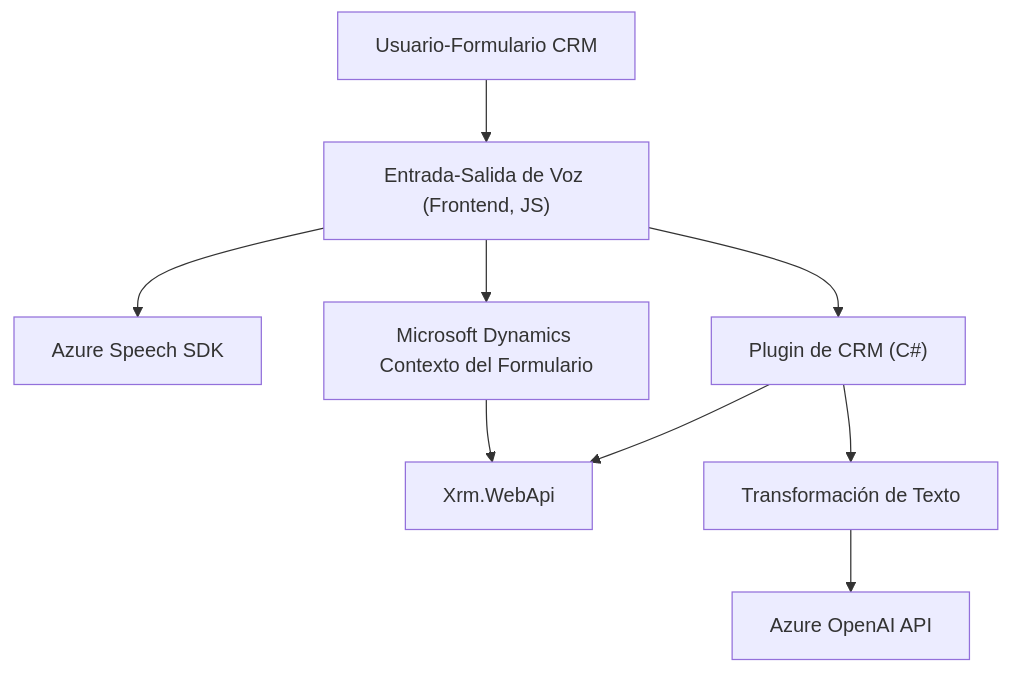
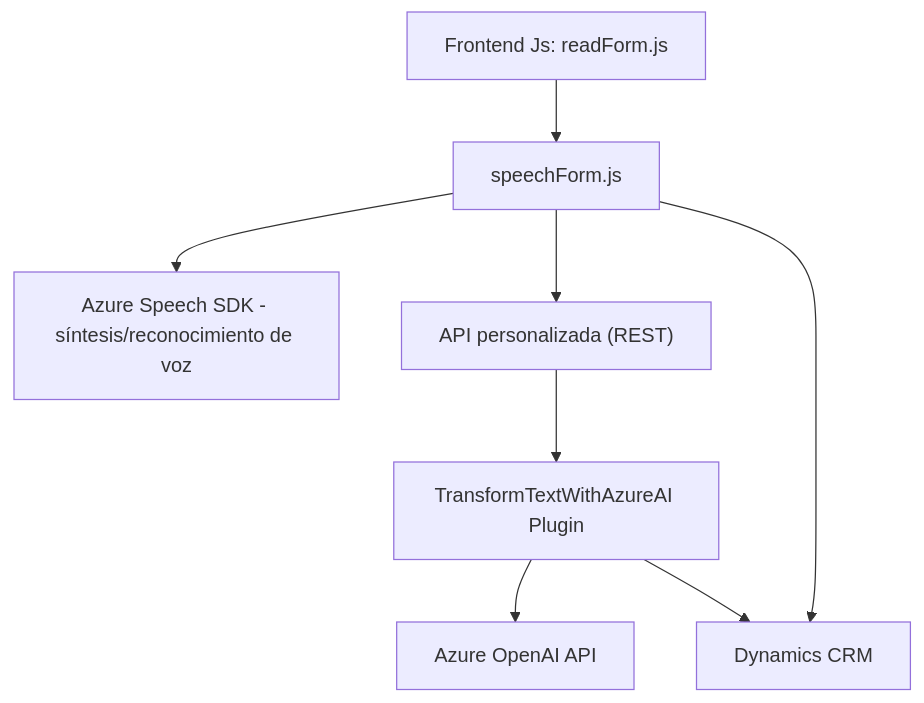
The diagram in README.md (blopezdm/NETCORE_BILBAO2025), drawn with Mermaid before and after one commit. The commit also changed other lines of this file, not shown here.

````diff
--- a/README.md
+++ b/README.md
@@ -60,11 +56,10 @@
 ```mermaid
 graph TD
-    A["Usuario-Formulario CRM"] --> B["Entrada-Salida de Voz (Frontend, JS)"]
-    B --> C["Azure Speech SDK"]
-    B --> D["Microsoft Dynamics Contexto del Formulario"]
-    D --> K["Xrm.WebApi"]
-    F["Plugin de CRM (C#)"] --> H["Transformación de Texto"]
-    H --> J["Azure OpenAI API"]
-    F --> K
-    B --> F
+    A["Frontend Js: readForm.js"] --> B["speechForm.js"]
+    B --> C["Azure Speech SDK - síntesis/reconocimiento de voz"]
+    B --> D["API personalizada (REST)"]
+    D --> E["TransformTextWithAzureAI Plugin"]
+    E --> F["Azure OpenAI API"]
+    E --> G["Dynamics CRM"]
+    B --> G
 ```
````
